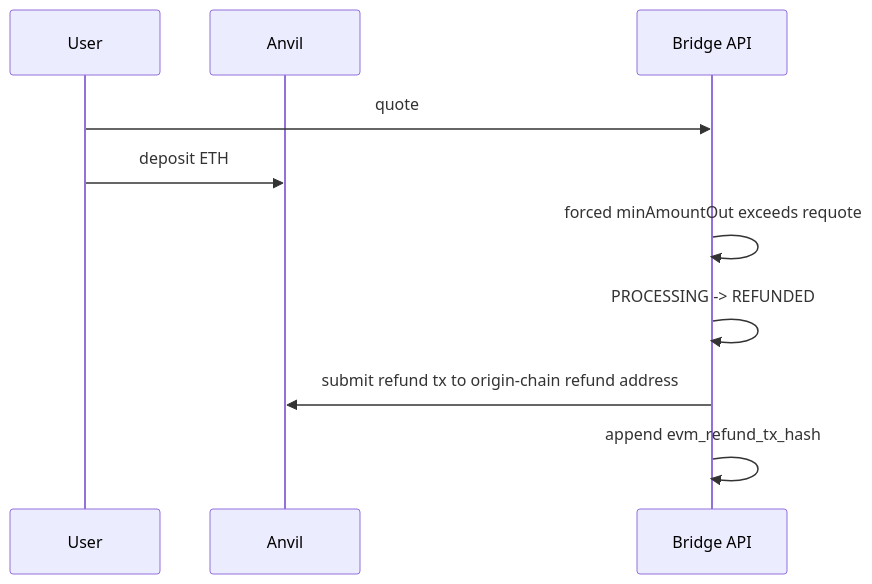
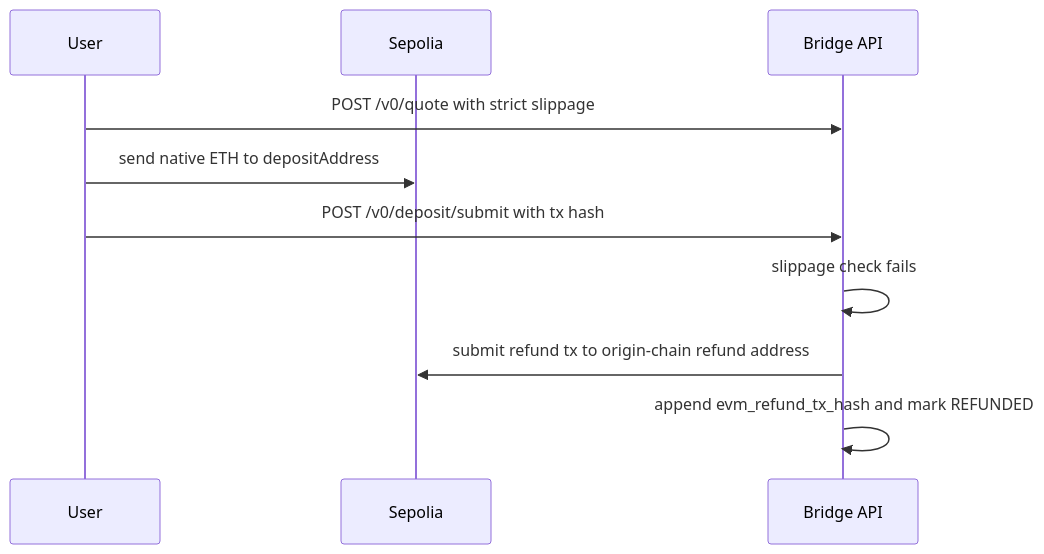
The fourth of 4 diagrams in docs/E2E_HANDOFF.md (BrianSeong99/miden-testnet-bridge), drawn with Mermaid before and after one commit. The commit also changed other lines of this file and 66 other files, not shown here.

First line of the commit message:
feat: ship Sepolia bridge lab baseline

````diff
--- a/docs/E2E_HANDOFF.md
+++ b/docs/E2E_HANDOFF.md
@@ -240,13 +158,13 @@
 ```mermaid
 sequenceDiagram
     participant User
-    participant Anvil
+    participant Sepolia
     participant BridgeAPI as Bridge API
 
-    User->>BridgeAPI: quote
-    User->>Anvil: deposit ETH
-    BridgeAPI->>BridgeAPI: forced minAmountOut exceeds requote
-    BridgeAPI->>BridgeAPI: PROCESSING -> REFUNDED
-    BridgeAPI->>Anvil: submit refund tx to origin-chain refund address
-    BridgeAPI->>BridgeAPI: append evm_refund_tx_hash
+    User->>BridgeAPI: POST /v0/quote with strict slippage
+    User->>Sepolia: send native ETH to depositAddress
+    User->>BridgeAPI: POST /v0/deposit/submit with tx hash
+    BridgeAPI->>BridgeAPI: slippage check fails
+    BridgeAPI->>Sepolia: submit refund tx to origin-chain refund address
+    BridgeAPI->>BridgeAPI: append evm_refund_tx_hash and mark REFUNDED
 ```
````
